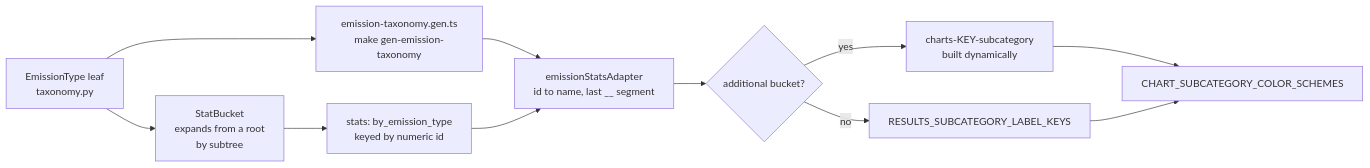
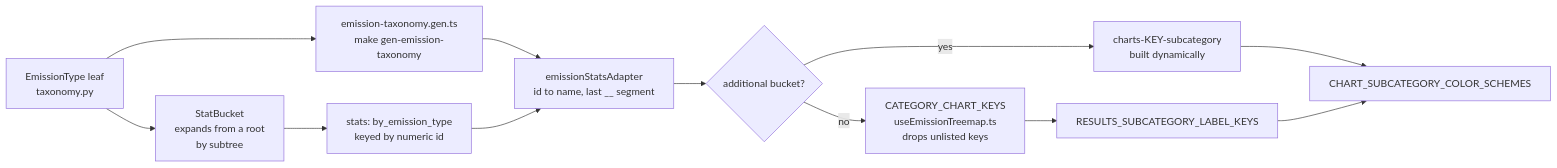
Before and after one commit to EPFL-ENAC/co2-calculator: the third of 3 diagrams in docs/src/backend/emission-type-resolution.md, drawn with Mermaid. The commit also changed other lines of this file and 1 other file, not shown here.

Commit message:
docs: explain treemap wiring and dropped keys (#2197)

````diff
--- a/docs/src/backend/emission-type-resolution.md
+++ b/docs/src/backend/emission-type-resolution.md
@@ -135,13 +135,14 @@
 ```mermaid
 flowchart LR
     T["EmissionType leaf<br/>taxonomy.py"] --> B["StatBucket<br/>expands from a root<br/>by subtree"]
     T --> G["emission-taxonomy.gen.ts<br/>make gen-emission-taxonomy"]
     B --> S["stats: by_emission_type<br/>keyed by numeric id"]
     G --> A["emissionStatsAdapter<br/>id to name, last __ segment"]
     S --> A
     A --> L{"additional bucket?"}
     L -->|yes| L1["charts-KEY-subcategory<br/>built dynamically"]
-    L -->|no| L2["RESULTS_SUBCATEGORY_LABEL_KEYS"]
+    L -->|no| K["CATEGORY_CHART_KEYS<br/>useEmissionTreemap.ts<br/>drops unlisted keys"]
+    K --> L2["RESULTS_SUBCATEGORY_LABEL_KEYS"]
     L1 --> C["CHART_SUBCATEGORY_COLOR_SCHEMES"]
     L2 --> C
 ```
````
